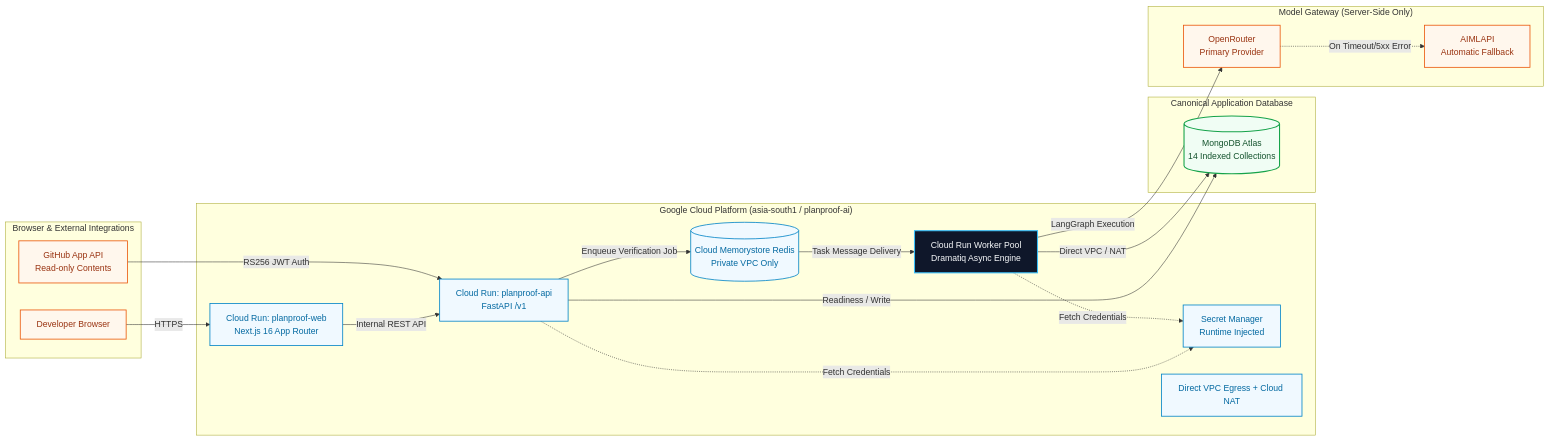
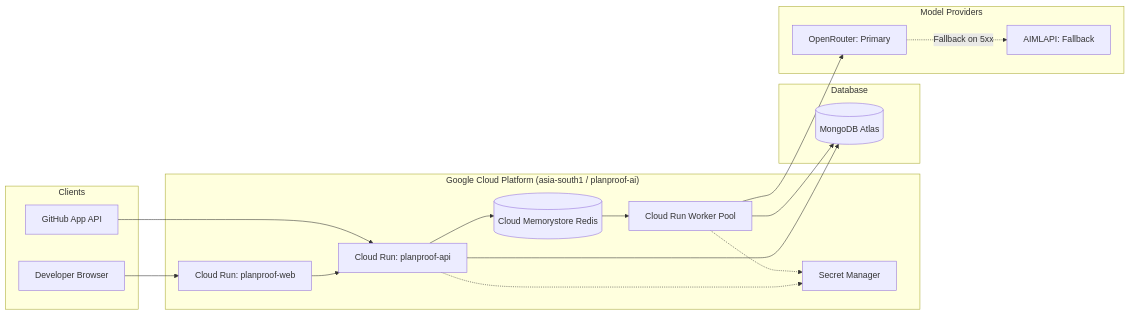
Before and after one commit to NikhilRaikwar/PlanProof: the third of 4 diagrams in README.md, drawn with Mermaid. The commit also changed other lines of this file and 16 other files, not shown here.

Commit message:
fix(ci): add playwright browser install, ruff formatting, and robust mermaid diagrams

````diff
--- a/README.md
+++ b/README.md
@@ -213,44 +203,38 @@
 ```mermaid
 flowchart LR
-  classDef gcp fill:#F0F9FF,stroke:#0284C7,stroke-width:1.5px,color:#0369A1;
-  classDef worker fill:#0F172A,stroke:#38BDF8,stroke-width:2px,color:#F8FAFC;
-  classDef db fill:#F0FDF4,stroke:#16A34A,stroke-width:2px,color:#14532D;
-  classDef external fill:#FFF7ED,stroke:#EA580C,stroke-width:1.5px,color:#9A3412;
-
-  subgraph Clients["Browser & External Integrations"]
-    User[Developer Browser]:::external
-    GitHub[GitHub App API<br/>Read-only Contents]:::external
+  subgraph Clients["Clients"]
+    User[Developer Browser]
+    GitHub[GitHub App API]
   end
 
   subgraph GCP["Google Cloud Platform (asia-south1 / planproof-ai)"]
-    Web[Cloud Run: planproof-web<br/>Next.js 16 App Router]:::gcp
-    API[Cloud Run: planproof-api<br/>FastAPI /v1]:::gcp
-    Worker[Cloud Run Worker Pool<br/>Dramatiq Async Engine]:::worker
-    Redis[(Cloud Memorystore Redis<br/>Private VPC Only)]:::gcp
-    Secrets[Secret Manager<br/>Runtime Injected]:::gcp
-    VPC[Direct VPC Egress + Cloud NAT]:::gcp
+    Web[Cloud Run: planproof-web]
+    API[Cloud Run: planproof-api]
+    Worker[Cloud Run Worker Pool]
+    Redis[(Cloud Memorystore Redis)]
+    Secrets[Secret Manager]
   end
 
-  subgraph Database["Canonical Application Database"]
-    Atlas[(MongoDB Atlas<br/>14 Indexed Collections)]:::db
+  subgraph Database["Database"]
+    Atlas[(MongoDB Atlas)]
   end
 
-  subgraph ModelProviders["Model Gateway (Server-Side Only)"]
-    OpenRouter[OpenRouter<br/>Primary Provider]:::external
-    AIMLAPI[AIMLAPI<br/>Automatic Fallback]:::external
+  subgraph ModelProviders["Model Providers"]
+    OpenRouter[OpenRouter: Primary]
+    AIMLAPI[AIMLAPI: Fallback]
   end
 
-  User -->|HTTPS| Web
-  Web -->|Internal REST API| API
-  GitHub -->|RS256 JWT Auth| API
+  User --> Web
+  Web --> API
+  GitHub --> API
   
-  API -->|Readiness / Write| Atlas
-  API -->|Enqueue Verification Job| Redis
-  API -.->|Fetch Credentials| Secrets
+  API --> Atlas
+  API --> Redis
+  API -.-> Secrets
 
-  Redis -->|Task Message Delivery| Worker
-  Worker -->|Direct VPC / NAT| Atlas
-  Worker -.->|Fetch Credentials| Secrets
-  Worker -->|LangGraph Execution| OpenRouter
-  OpenRouter -.->|On Timeout/5xx Error| AIMLAPI
+  Redis --> Worker
+  Worker --> Atlas
+  Worker -.-> Secrets
+  Worker --> OpenRouter
+  OpenRouter -.->|Fallback on 5xx| AIMLAPI
 ```
````
